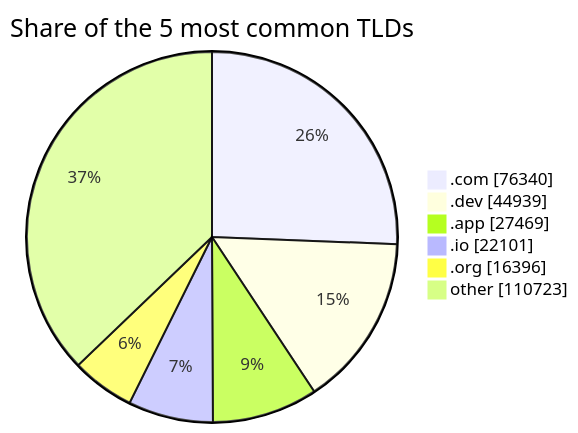
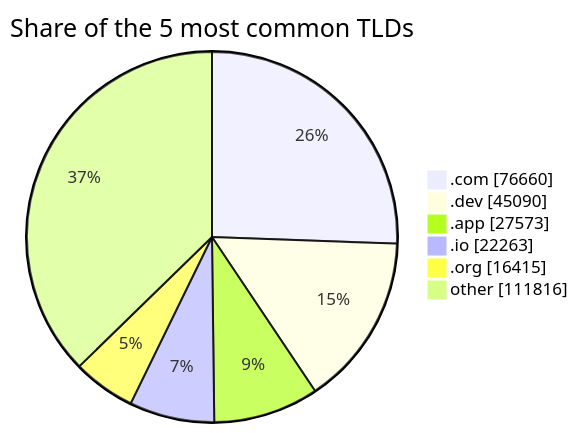
The third of 3 diagrams in README.md (DNSBunker/CTI), drawn with Mermaid before and after one commit. The commit also changed other lines of this file and 3 other files, not shown here.

````diff
--- a/README.md
+++ b/README.md
@@ -81,9 +81,9 @@
 ```mermaid
 pie showData title Share of the 5 most common TLDs
-    ".com" : 76340
-    ".dev" : 44939
-    ".app" : 27469
-    ".io" : 22101
-    ".org" : 16396
-    "other" : 110723
+    ".com" : 76660
+    ".dev" : 45090
+    ".app" : 27573
+    ".io" : 22263
+    ".org" : 16415
+    "other" : 111816
 ```
````
